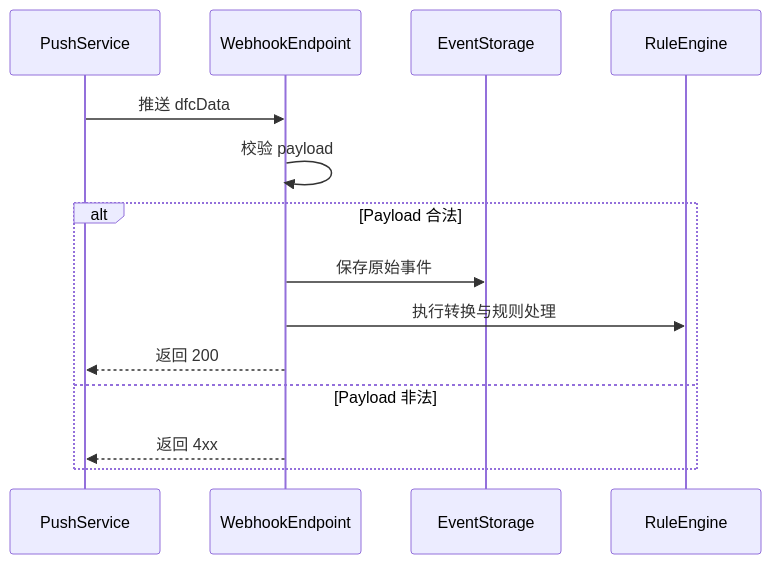
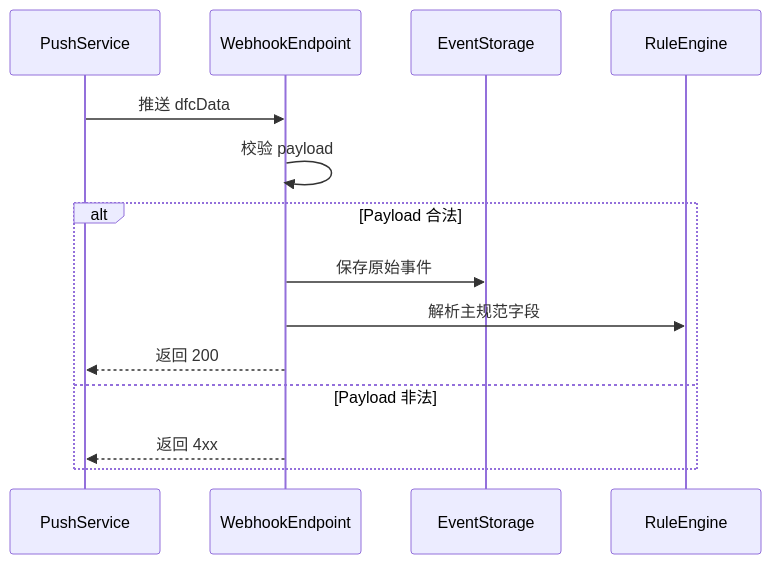
Before and after one commit to EugeneJian/growatt-unified-api: the diagram in Growatt API/OPENAPI.zh-CN/09_api_device_push.md, drawn with Mermaid. The commit also changed other lines of this file and 26 other files, not shown here.

````diff
--- a/Growatt API/OPENAPI.zh-CN/09_api_device_push.md
+++ b/Growatt API/OPENAPI.zh-CN/09_api_device_push.md
@@ -9,18 +11,18 @@
 ```mermaid
 %% 本代码严格遵循AI生成Mermaid代码的终极准则v4.1（Mermaid终极大师）
 sequenceDiagram
     participant Growatt as PushService
     participant Webhook as WebhookEndpoint
     participant Storage as EventStorage
     participant RuleEngine as RuleEngine
 
     Growatt->>Webhook: 推送 dfcData
     Webhook->>Webhook: 校验 payload
     alt Payload 合法
         Webhook->>Storage: 保存原始事件
-        Webhook->>RuleEngine: 执行转换与规则处理
+        Webhook->>RuleEngine: 解析主规范字段
         Webhook-->>Growatt: 返回 200
     else Payload 非法
         Webhook-->>Growatt: 返回 4xx
     end
 ```
````
